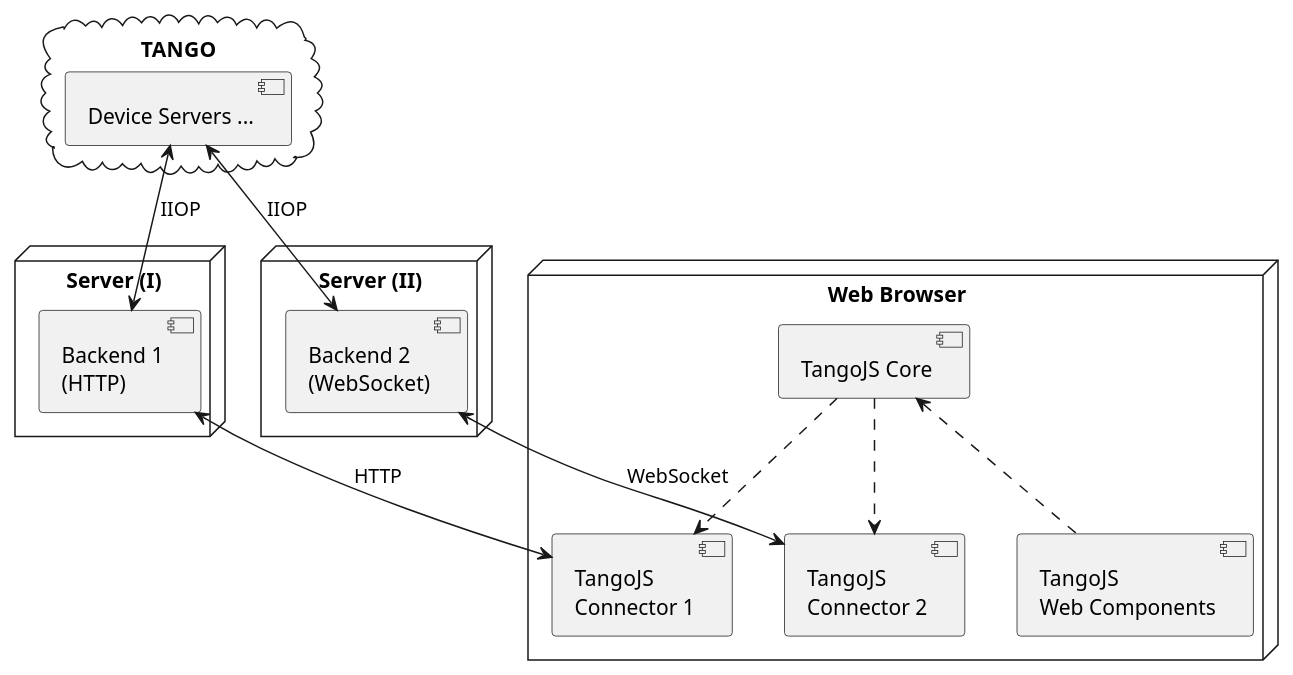
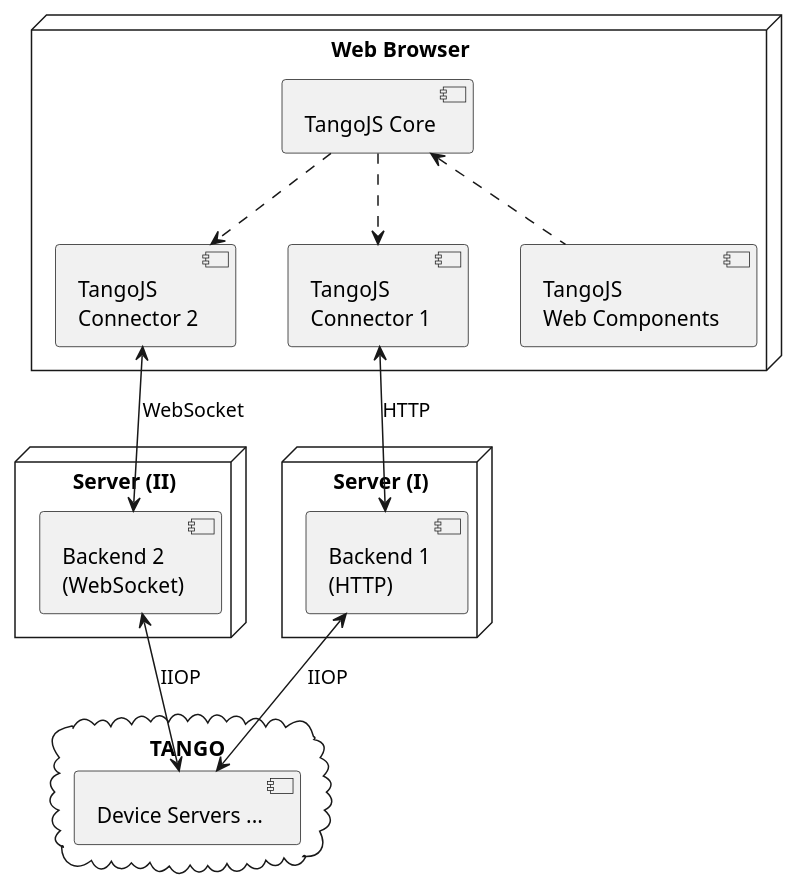
The diagram in thesis/figures/uml-source/03-tangojs-architecture-simple.pu (mliszcz/msc-thesis), drawn with PlantUML before and after one commit. The commit also changed 6 other files, not shown here.

```diff
--- a/thesis/figures/uml-source/03-tangojs-architecture-simple.pu
+++ b/thesis/figures/uml-source/03-tangojs-architecture-simple.pu
@@ -1,31 +1,30 @@
 @startuml
-top to bottom direction
 
-cloud "TANGO" {
-  [Device Servers ...] as DevSrv
+node "Web Browser" {
+  [TangoJS\nWeb Components] as WC
+  [TangoJS\nConnector 1] as C1
+  [TangoJS\nConnector 2] as C2
+  [TangoJS Core] as Core
 }
 
 node "Server (I)" {
   [Backend 1\n(HTTP)] as B1
 }
 
 node "Server (II)" {
   [Backend 2\n(WebSocket)] as B2
 }
 
-node "Web Browser" {
-  [TangoJS\nWeb Components] as WC
-  [TangoJS\nConnector 1] as C1
-  [TangoJS\nConnector 2] as C2
-  [TangoJS Core] as Core
+cloud "TANGO" {
+  [Device Servers ...] as DevSrv
 }
 
-[DevSrv] <--> B1 : IIOP
-[DevSrv] <--> B2 : IIOP
-B1 <--> C1 : HTTP
-B2 <--> C2 : WebSocket
+[DevSrv] <-u-> B1 : IIOP
+[DevSrv] <-u-> B2 : IIOP
+B1 <-u-> C1 : HTTP
+B2 <-u-> C2 : WebSocket
 Core ..> C1
 Core ..> C2
 Core <.. WC
 
 @enduml
```
